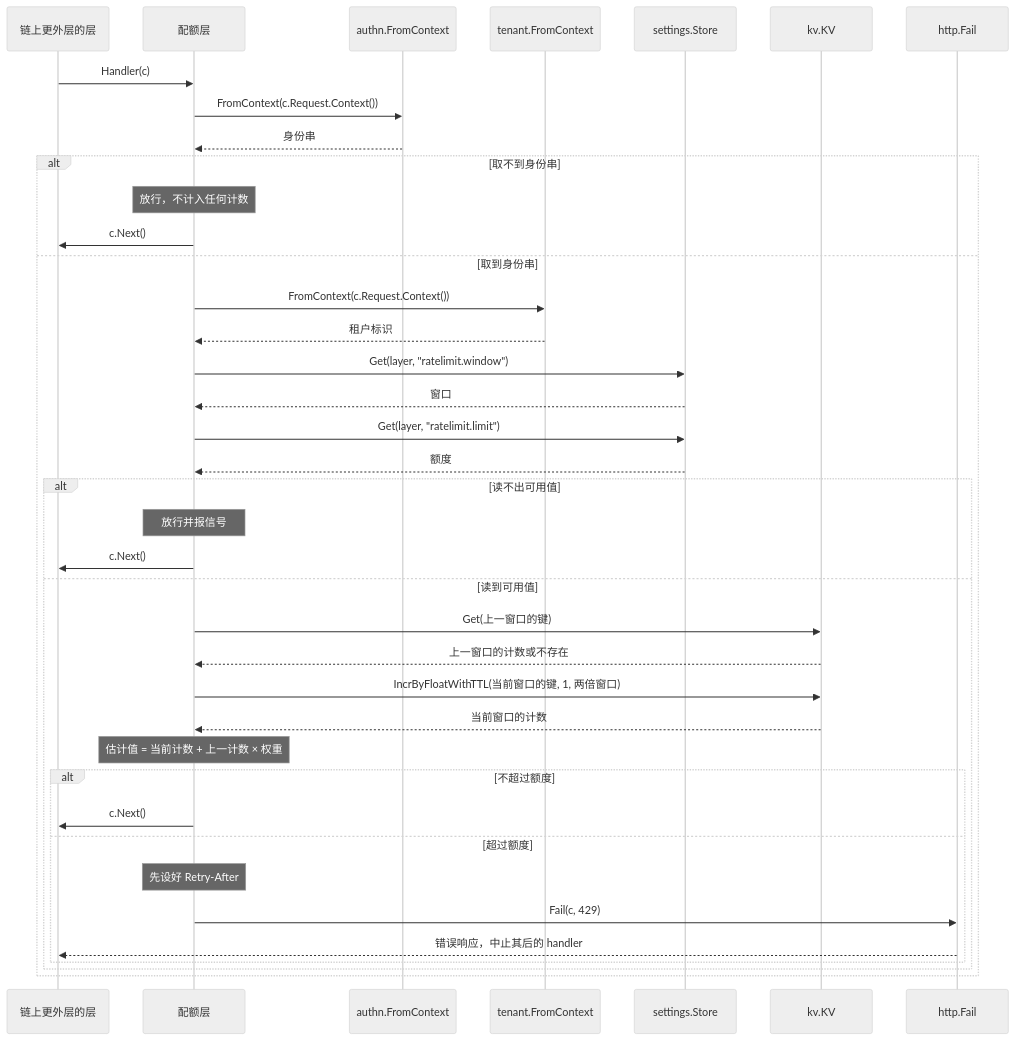
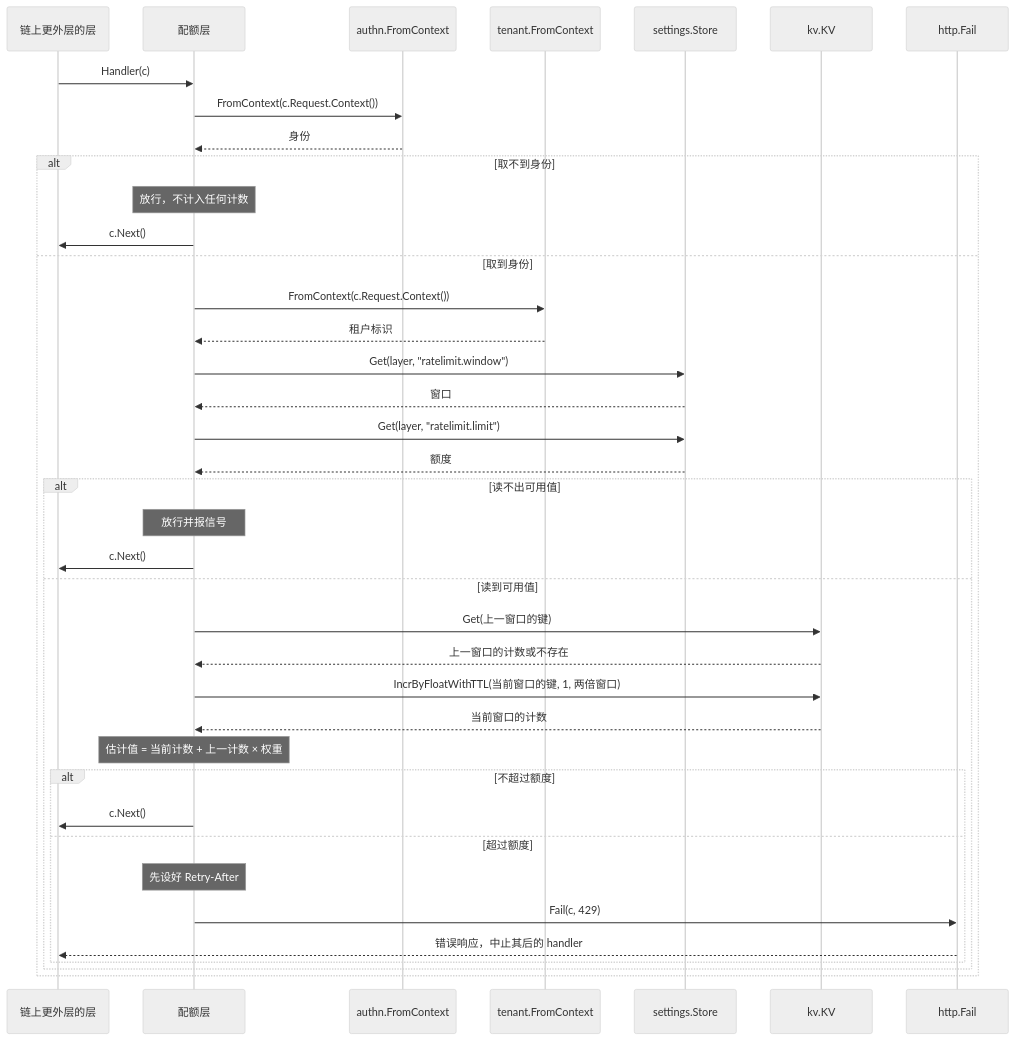
One commit to wangzw/speed changed the first of 2 diagrams in docs/design/modules/design-ratelimit.md. Above: the diagram before and after it, drawn with Mermaid (neutral theme). The commit also changed other lines of this file and 89 other files, not shown here.

````diff
--- a/docs/design/modules/design-ratelimit.md
+++ b/docs/design/modules/design-ratelimit.md
@@ -171,42 +171,42 @@
 ```mermaid
 sequenceDiagram
     participant C as 链上更外层的层
     participant R as 配额层
     participant A as authn.FromContext
     participant T as tenant.FromContext
     participant S as settings.Store
     participant K as kv.KV
     participant F as http.Fail
 
     C->>R: Handler(c)
     R->>A: FromContext(c.Request.Context())
-    A-->>R: 身份串
-    alt 取不到身份串
+    A-->>R: 身份
+    alt 取不到身份
         Note over R: 放行，不计入任何计数
         R->>C: c.Next()
-    else 取到身份串
+    else 取到身份
         R->>T: FromContext(c.Request.Context())
         T-->>R: 租户标识
         R->>S: Get(layer, "ratelimit.window")
         S-->>R: 窗口
         R->>S: Get(layer, "ratelimit.limit")
         S-->>R: 额度
         alt 读不出可用值
             Note over R: 放行并报信号
             R->>C: c.Next()
         else 读到可用值
             R->>K: Get(上一窗口的键)
             K-->>R: 上一窗口的计数或不存在
             R->>K: IncrByFloatWithTTL(当前窗口的键, 1, 两倍窗口)
             K-->>R: 当前窗口的计数
             Note over R: 估计值 = 当前计数 + 上一计数 × 权重
             alt 不超过额度
                 R->>C: c.Next()
             else 超过额度
                 Note over R: 先设好 Retry-After
                 R->>F: Fail(c, 429)
                 F-->>C: 错误响应，中止其后的 handler
             end
         end
     end
 ```
````
